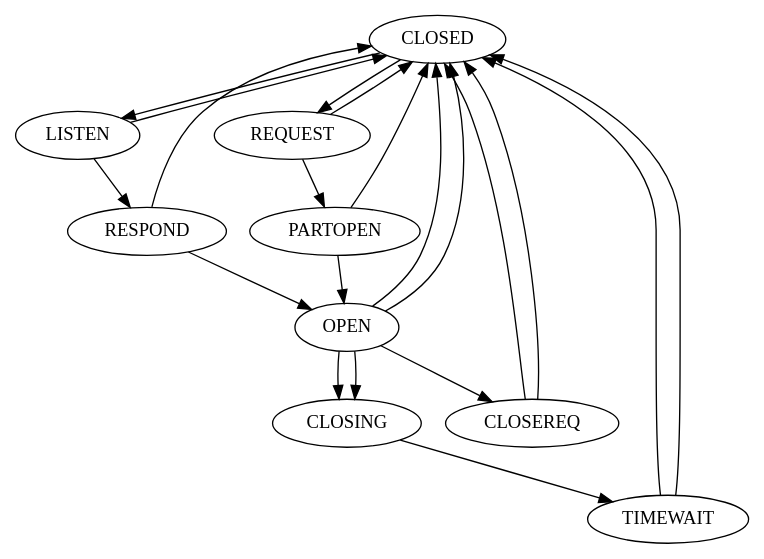
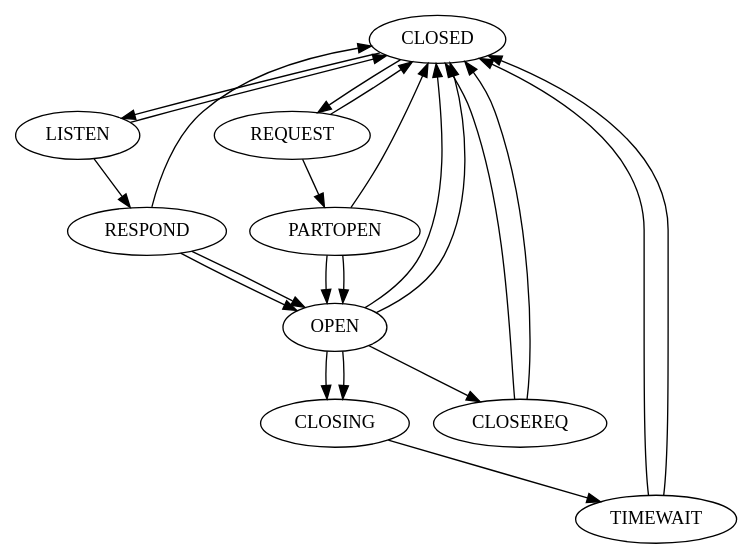
One commit to samueljero/snake changed the diagram in system/messages/dccp.dot. Above: the diagram before and after it, drawn with Graphviz. The commit also changed 2 other files, not shown here.

```diff
--- a/system/messages/dccp.dot
+++ b/system/messages/dccp.dot
@@ -1,22 +1,24 @@
 digraph DCCP {
 CLOSED -> LISTEN [rcvd="A_LISTEN", send="-"];
 LISTEN -> RESPOND [rcvd="M_Request", send="M_Response"];
-RESPOND -> OPEN [rcvd="M_Ack,M_DataAck", send="-"];
+RESPOND -> OPEN [rcvd="M_Ack", send="-"];
+RESPOND -> OPEN [rcvd="M_DataAck", send="-"];
 CLOSED -> REQUEST [ rcvd="A_CONNECT", send="M_Request"];
 REQUEST -> PARTOPEN [ rcvd="M_Response", send="M_Ack"];
-PARTOPEN -> OPEN [rcvd="M_Ack,M_DataAck", send="-"];
+PARTOPEN -> OPEN [rcvd="M_Ack", send="-"];
+PARTOPEN -> OPEN [rcvd="M_DataAck", send="-"];
 OPEN -> CLOSEREQ [rcvd="A_CLOSE", send="M_CloseReq"];
 CLOSEREQ -> CLOSED [rcvd="M_Close", send="M_Reset"];
 OPEN -> CLOSED [rcvd="M_Close", send="M_Reset"];
 OPEN -> CLOSING [rcvd="A_CLOSE", send="M_Close"];
 OPEN -> CLOSING [rcvd="M_CloseReq", send="M_Close"];
 CLOSING -> TIMEWAIT [rcvd="M_Reset", send="-"];
 TIMEWAIT -> CLOSED [rcvd="E_TIMEOUT",send="-"];
 LISTEN -> CLOSED [rcvd="A_CLOSE"];
 RESPOND -> CLOSED [rcvd="M_Reset"];
 OPEN -> CLOSED [rcvd="M_Reset"];
 REQUEST -> CLOSED [rcvd="M_Reset"];
 PARTOPEN -> CLOSED [rcvd="M_Reset"];
 CLOSEREQ -> CLOSED [rcvd="M_Reset"];
 TIMEWAIT -> CLOSED [rcvd="M_Reset"];
 }
```
